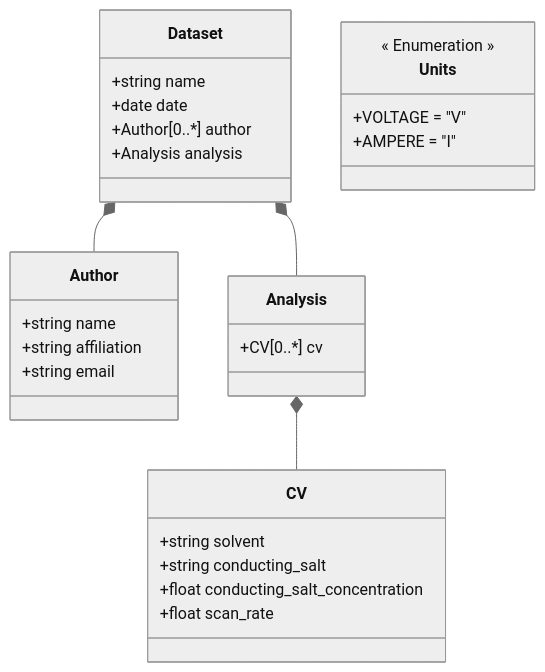
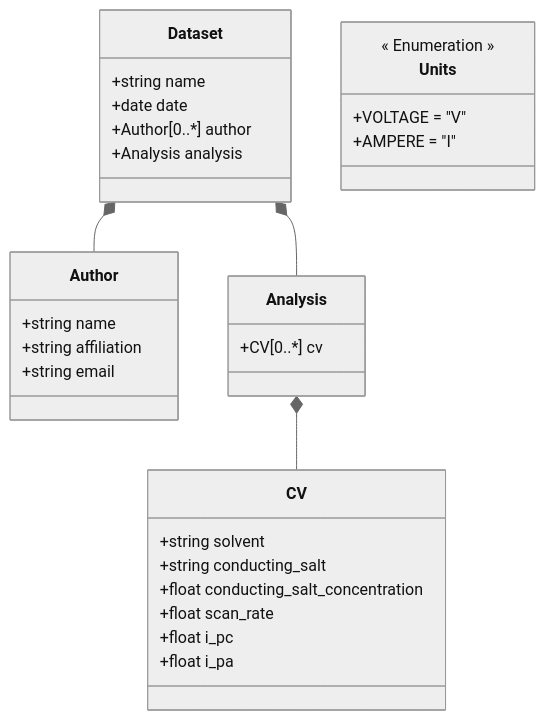
The diagram in ElectrochemistryDataModel/schemes/- __halfe_wave_potential__.md (FAIRChemistry/datamodel-electrochemistry), drawn with Mermaid (neutral theme) before and after one commit. The commit also changed 5 other files, not shown here.

````diff
--- a/ElectrochemistryDataModel/schemes/- __halfe_wave_potential__.md
+++ b/ElectrochemistryDataModel/schemes/- __halfe_wave_potential__.md
@@ -1,37 +1,39 @@
 ```mermaid
 classDiagram
     Dataset *-- Author
     Dataset *-- Analysis
     Analysis *-- CV
     
     class Dataset {
         +string name
         +date date
         +Author[0..*] author
         +Analysis analysis
     }
     
     class Analysis {
         +CV[0..*] cv
     }
     
     class CV {
         +string solvent
         +string conducting_salt
         +float conducting_salt_concentration
         +float scan_rate
+        +float i_pc
+        +float i_pa
     }
     
     class Author {
         +string name
         +string affiliation
         +string email
     }
     
     class Units {
         << Enumeration >>
         +VOLTAGE = "V"
         +AMPERE = "I"
     }
     
 ```
````
